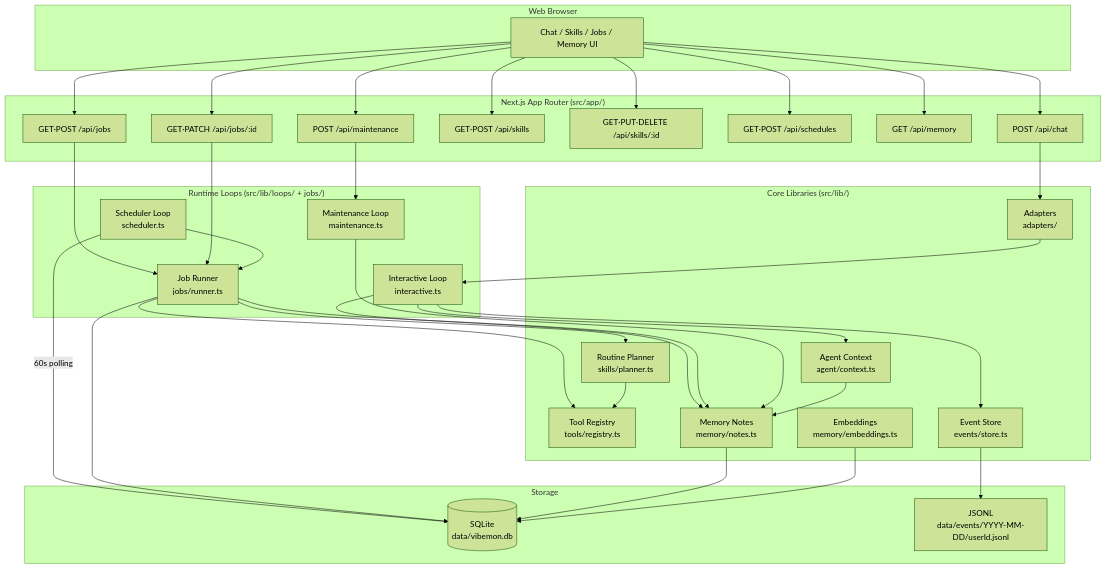
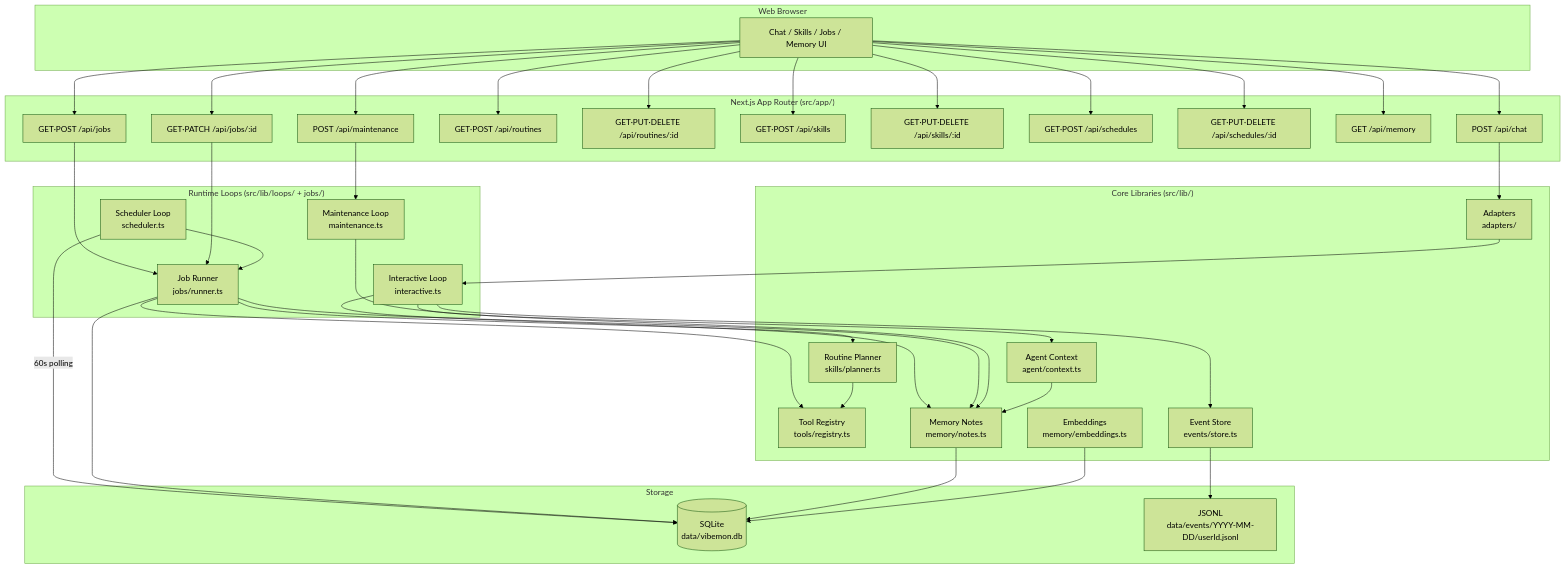
Before and after one commit to nalbam/luminary: the first of 4 diagrams in docs/architecture/overview.md, drawn with Mermaid (forest theme). The commit also changed 3 other files, not shown here.

````diff
--- a/docs/architecture/overview.md
+++ b/docs/architecture/overview.md
@@ -7,56 +7,59 @@
 ```mermaid
 graph TB
     subgraph Browser["Web Browser"]
         UI[Chat / Skills / Jobs / Memory UI]
     end
 
     subgraph NextJS["Next.js App Router (src/app/)"]
         CHAT[POST /api/chat]
         JOBS[GET·POST /api/jobs]
         JOBID[GET·PATCH /api/jobs/:id]
+        ROUTINES[GET·POST /api/routines]
+        ROUTINEID[GET·PUT·DELETE /api/routines/:id]
         SKILLS[GET·POST /api/skills]
         SKILLID[GET·PUT·DELETE /api/skills/:id]
         SCHED[GET·POST /api/schedules]
+        SCHEDID[GET·PUT·DELETE /api/schedules/:id]
         MEM[GET /api/memory]
         MAINT[POST /api/maintenance]
     end
 
     subgraph Loops["Runtime Loops (src/lib/loops/ + jobs/)"]
         IL[Interactive Loop\ninteractive.ts]
         JR[Job Runner\njobs/runner.ts]
         SL[Scheduler Loop\nscheduler.ts]
         ML[Maintenance Loop\nmaintenance.ts]
     end
 
     subgraph Core["Core Libraries (src/lib/)"]
         PLANNER[Routine Planner\nskills/planner.ts]
         TOOLS[Tool Registry\ntools/registry.ts]
         NOTES[Memory Notes\nmemory/notes.ts]
         CTX[Agent Context\nagent/context.ts]
         EMB[Embeddings\nmemory/embeddings.ts]
         EVENTS[Event Store\nevents/store.ts]
         ADAPT[Adapters\nadapters/]
     end
 
     subgraph Storage["Storage"]
         DB[(SQLite\ndata/vibemon.db)]
         JSONL[JSONL\ndata/events/YYYY-MM-DD/userId.jsonl]
     end
 
-    UI --> CHAT & JOBS & JOBID & SKILLS & SKILLID & SCHED & MEM & MAINT
+    UI --> CHAT & JOBS & JOBID & ROUTINES & ROUTINEID & SKILLS & SKILLID & SCHED & SCHEDID & MEM & MAINT
     CHAT --> ADAPT --> IL
     JOBS & JOBID --> JR
     MAINT --> ML
     SL -->|60s polling| DB
     SL --> JR
 
     IL --> CTX & EVENTS & NOTES
     JR --> PLANNER & TOOLS & NOTES & DB
     ML --> NOTES
     PLANNER --> TOOLS
 
     CTX --> NOTES
     NOTES --> DB
     EMB --> DB
     EVENTS --> JSONL
 ```
````
